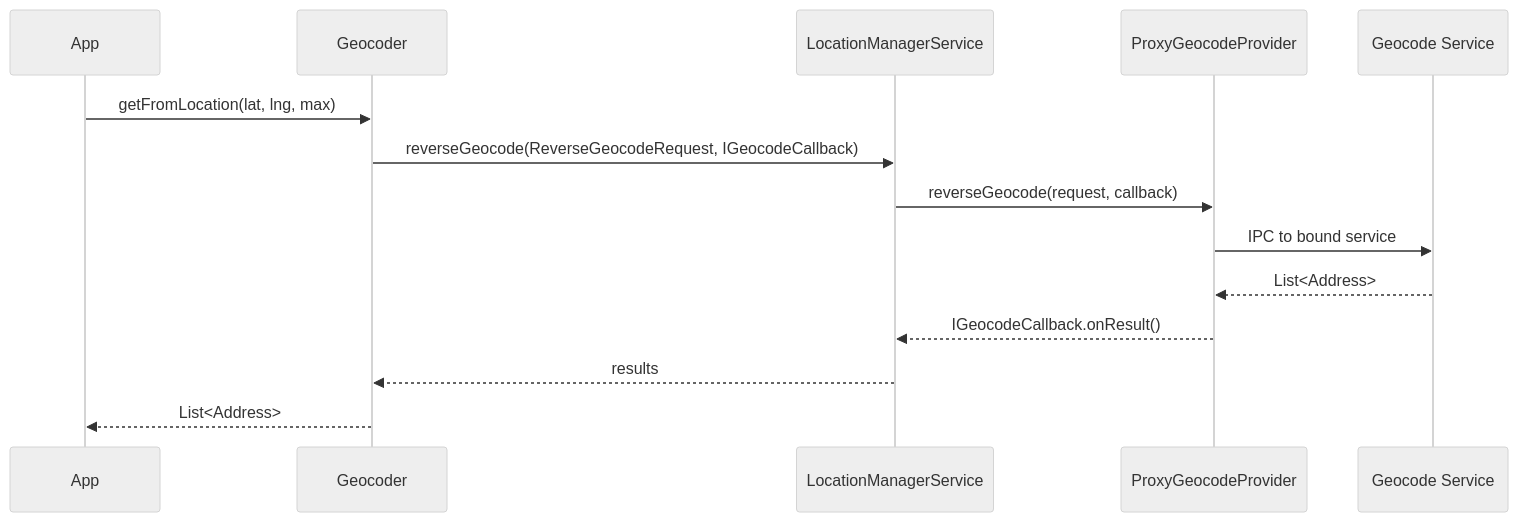
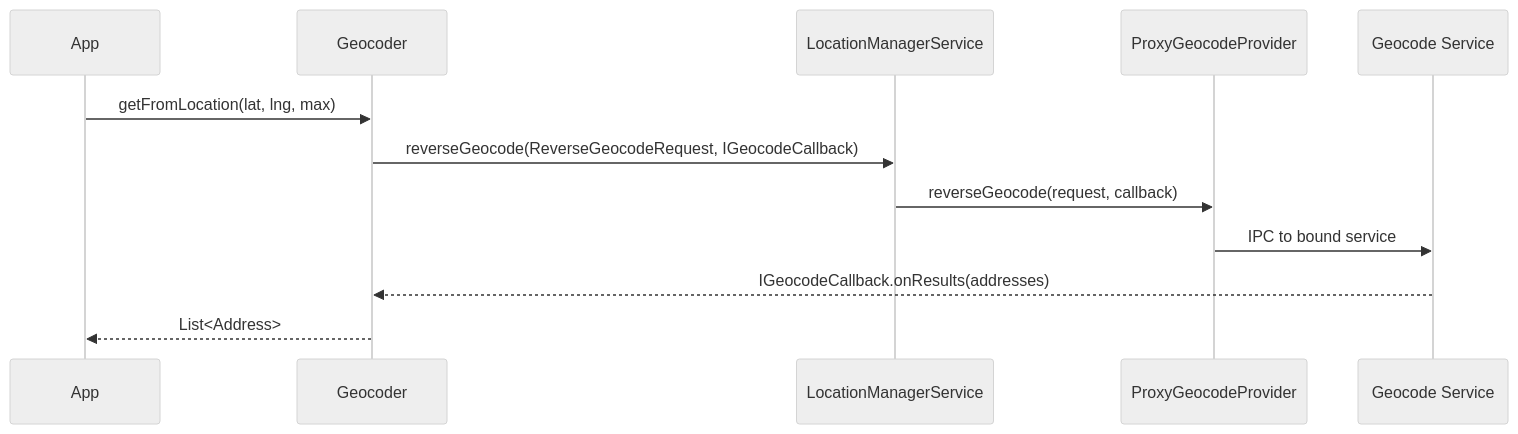
One commit to aospbooks/aosp-internal-book changed diagram 17 of 25 in 33-location.md. Above: the diagram before and after it, drawn with Mermaid (neutral theme). The commit also changed other lines of this file and 218 other files, not shown here.

````diff
--- a/33-location.md
+++ b/33-location.md
@@ -1913,17 +1944,15 @@
 ```mermaid
 sequenceDiagram
     participant App
     participant Geocoder
     participant LMS as LocationManagerService
     participant PGP as ProxyGeocodeProvider
     participant GMS as Geocode Service
 
     App->>Geocoder: getFromLocation(lat, lng, max)
     Geocoder->>LMS: reverseGeocode(ReverseGeocodeRequest, IGeocodeCallback)
     LMS->>PGP: reverseGeocode(request, callback)
     PGP->>GMS: IPC to bound service
-    GMS-->>PGP: List<Address>
-    PGP-->>LMS: IGeocodeCallback.onResult()
-    LMS-->>Geocoder: results
+    GMS-->>Geocoder: IGeocodeCallback.onResults(addresses)
     Geocoder-->>App: List<Address>
 ```
````
